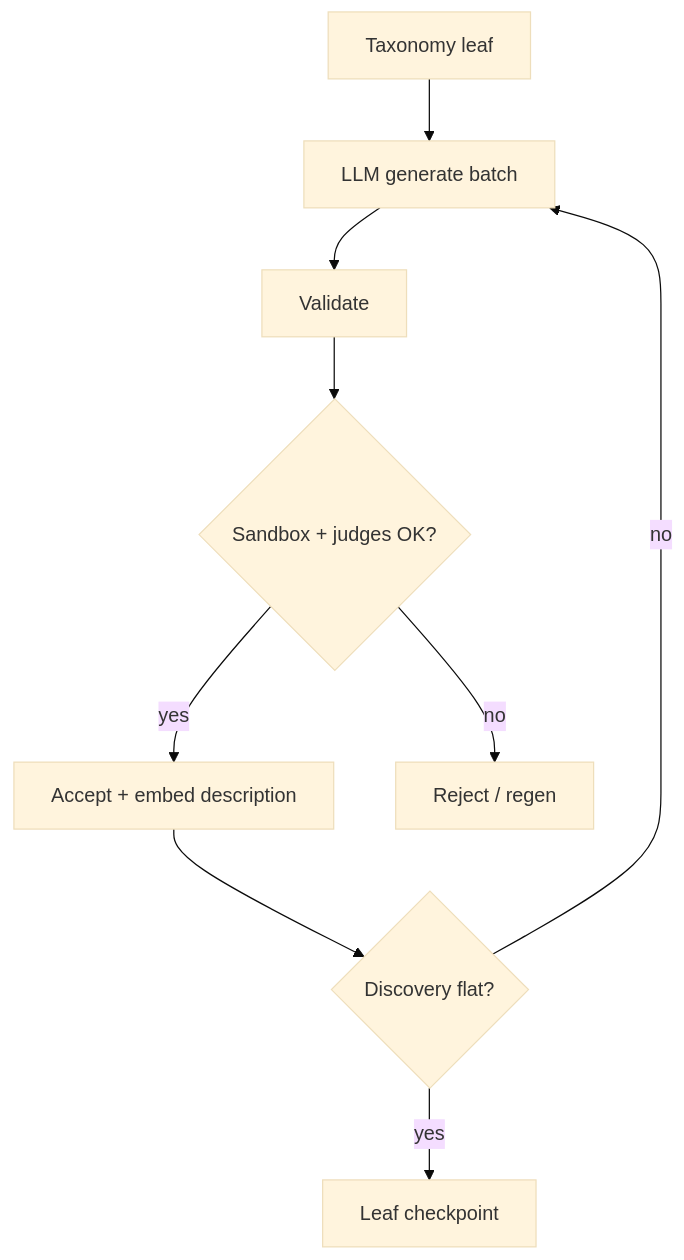
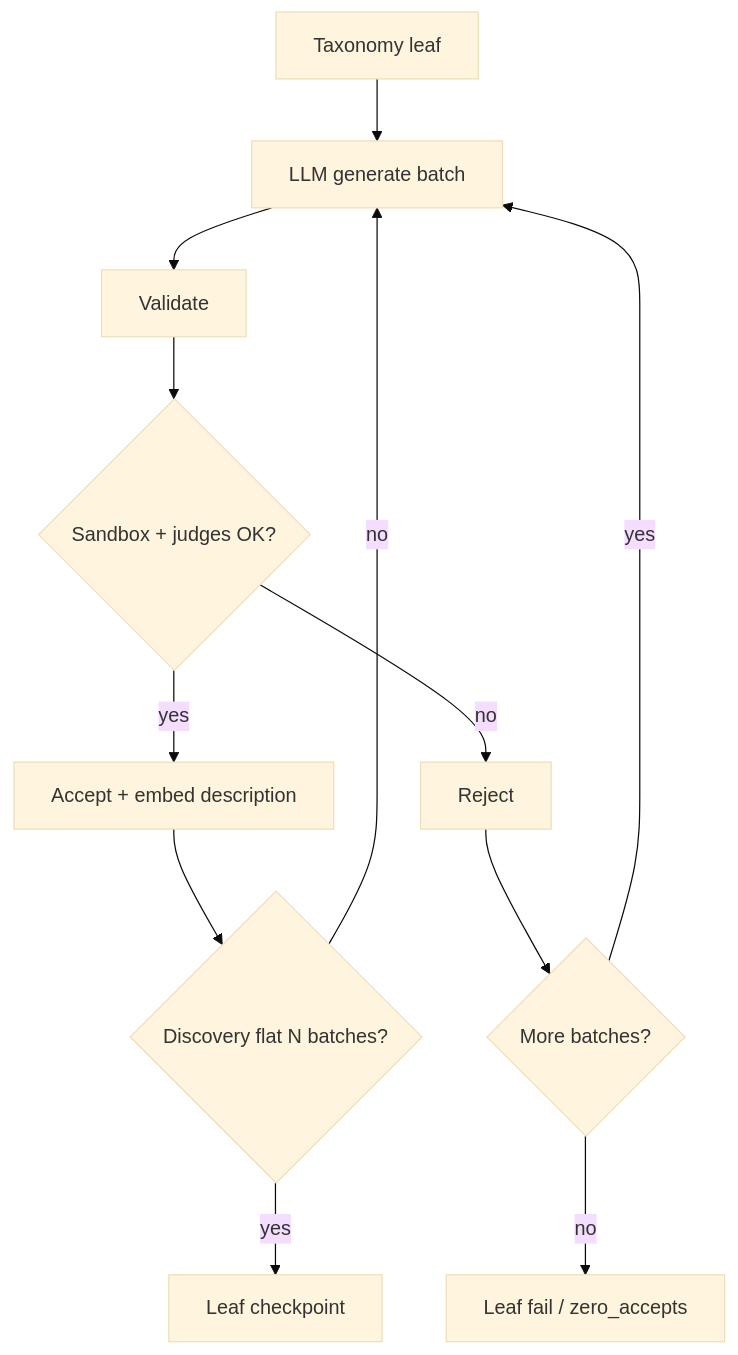
The diagram in docs/generate.md (NuclearManatee/git-grasp), drawn with Mermaid (base theme) before and after one commit. The commit also changed other lines of this file and 86 other files, not shown here.

````diff
--- a/docs/generate.md
+++ b/docs/generate.md
@@ -5,11 +5,14 @@
 ```mermaid
 flowchart TB
   L[Taxonomy leaf] --> G[LLM generate batch]
   G --> V[Validate]
   V --> S{Sandbox + judges OK?}
   S -->|yes| A[Accept + embed description]
-  S -->|no| R[Reject / regen]
-  A --> D{Discovery flat?}
+  S -->|no| X[Reject]
+  A --> D{Discovery flat N batches?}
   D -->|no| G
   D -->|yes| C[Leaf checkpoint]
+  X --> D2{More batches?}
+  D2 -->|yes| G
+  D2 -->|no| F[Leaf fail / zero_accepts]
 ```
````
